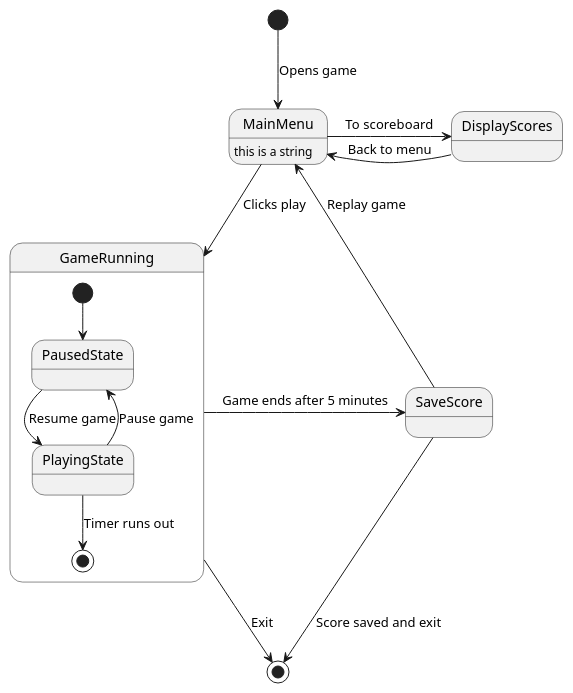
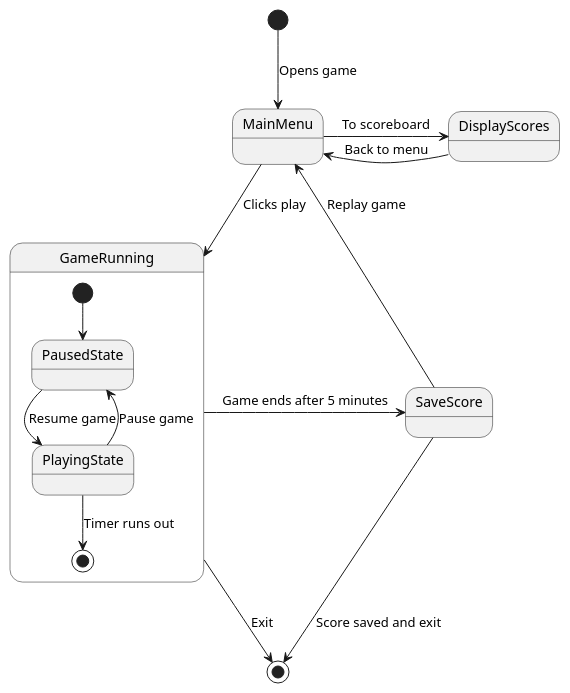
Before and after one commit to jobyoung05/ENG1-pixels-of-promise: the diagram in Plant UML Diagrams/main_game_state_diagram.puml, drawn with PlantUML. The commit also changed 3 other files, not shown here.

Commit message:
Changes to diagrams

```diff
--- a/Plant UML Diagrams/main_game_state_diagram.puml
+++ b/Plant UML Diagrams/main_game_state_diagram.puml
@@ -1,28 +1,28 @@
 @startuml
 
 [*] --> MainMenu: Opens game
 
 SaveScore --> MainMenu: Replay game
 
-MainMenu : this is a string
+MainMenu :
 
 MainMenu -> DisplayScores: To scoreboard
 DisplayScores -> MainMenu: Back to menu
 
 
 MainMenu -> GameRunning: Clicks play
 
 state GameRunning {
   [*] --> PausedState
   PausedState --> PlayingState : Resume game
   PlayingState --> PausedState : Pause game
 
   PlayingState --> [*]: Timer runs out
  }
 
 GameRunning -> SaveScore: Game ends after 5 minutes
 GameRunning --> [*]: Exit
 
 SaveScore --> [*]: Score saved and exit
 
 @enduml
```
